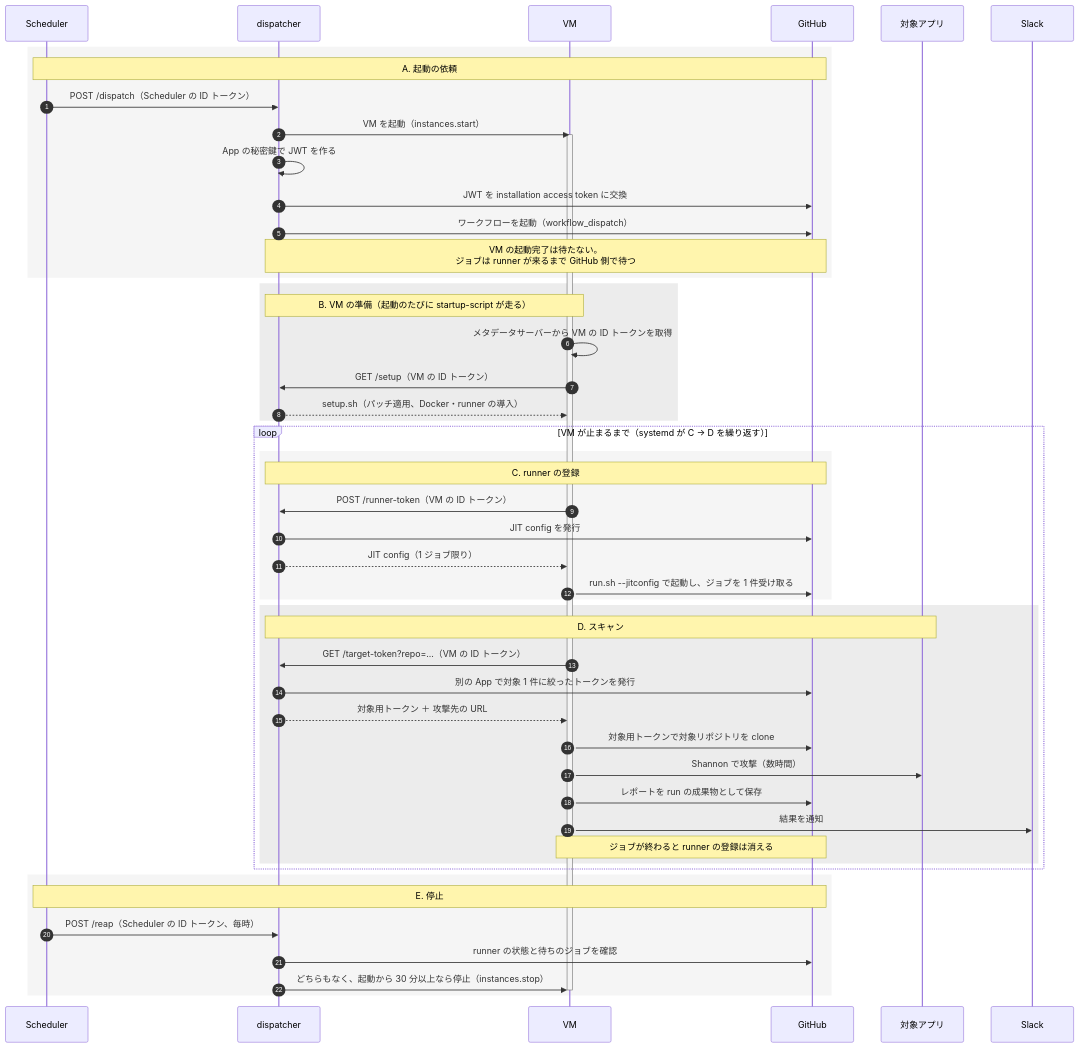
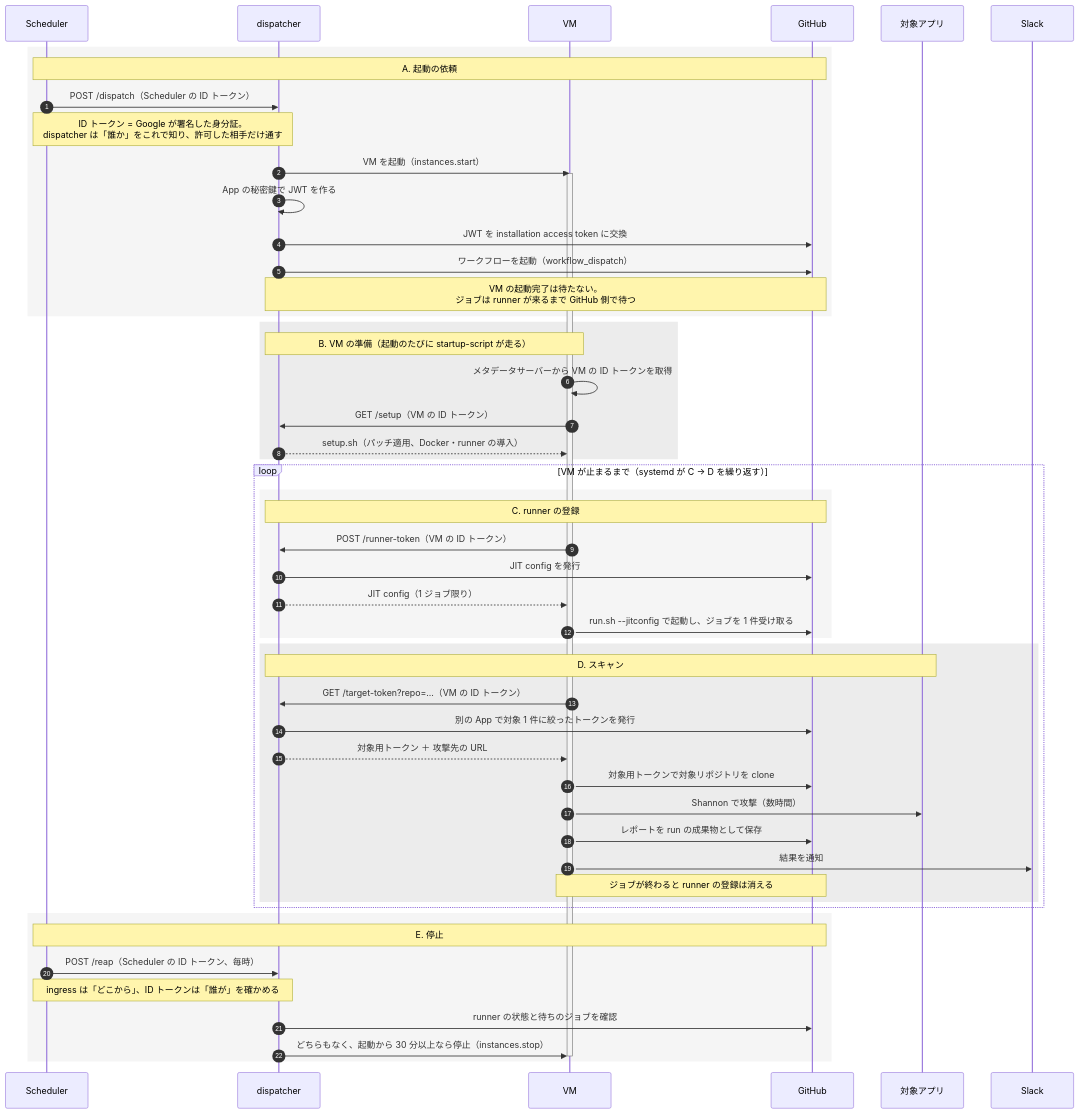
One commit to newbee1939/h6o changed the first of 2 diagrams in posts/shannon-runner.ja.md. Above: the diagram before and after it, drawn with Mermaid. The commit also changed 2 other files, not shown here.

````diff
--- a/posts/shannon-runner.ja.md
+++ b/posts/shannon-runner.ja.md
@@ -111,58 +111,60 @@
 ```mermaid
 sequenceDiagram
   autonumber
   participant S as Scheduler
   participant D as dispatcher
   participant V as VM
   participant G as GitHub
   participant T as 対象アプリ
   participant SL as Slack
 
   rect rgba(128, 128, 128, 0.08)
     Note over S,G: A. 起動の依頼
     S->>D: POST /dispatch（Scheduler の ID トークン）
+    Note over S,D: ID トークン = Google が署名した身分証。<br>dispatcher は「誰か」をこれで知り、許可した相手だけ通す
     D->>V: VM を起動（instances.start）
     activate V
     D->>D: App の秘密鍵で JWT を作る
     D->>G: JWT を installation access token に交換
     D->>G: ワークフローを起動（workflow_dispatch）
     Note over D,G: VM の起動完了は待たない。<br>ジョブは runner が来るまで GitHub 側で待つ
   end
 
   rect rgba(128, 128, 128, 0.15)
     Note over D,V: B. VM の準備（起動のたびに startup-script が走る）
     V->>V: メタデータサーバーから VM の ID トークンを取得
     V->>D: GET /setup（VM の ID トークン）
     D-->>V: setup.sh（パッチ適用、Docker・runner の導入）
   end
 
   loop VM が止まるまで（systemd が C → D を繰り返す）
     rect rgba(128, 128, 128, 0.08)
       Note over D,G: C. runner の登録
       V->>D: POST /runner-token（VM の ID トークン）
       D->>G: JIT config を発行
       D-->>V: JIT config（1 ジョブ限り）
       V->>G: run.sh --jitconfig で起動し、ジョブを 1 件受け取る
     end
 
     rect rgba(128, 128, 128, 0.15)
       Note over D,T: D. スキャン
       V->>D: GET /target-token?repo=...（VM の ID トークン）
       D->>G: 別の App で対象 1 件に絞ったトークンを発行
       D-->>V: 対象用トークン ＋ 攻撃先の URL
       V->>G: 対象用トークンで対象リポジトリを clone
       V->>T: Shannon で攻撃（数時間）
       V->>G: レポートを run の成果物として保存
       V->>SL: 結果を通知
       Note over V,G: ジョブが終わると runner の登録は消える
     end
   end
 
   rect rgba(128, 128, 128, 0.08)
     Note over S,G: E. 停止
     S->>D: POST /reap（Scheduler の ID トークン、毎時）
+    Note over S,D: ingress は「どこから」、ID トークンは「誰が」を確かめる
     D->>G: runner の状態と待ちのジョブを確認
     D->>V: どちらもなく、起動から 30 分以上なら停止（instances.stop）
     deactivate V
   end
 ```
````
